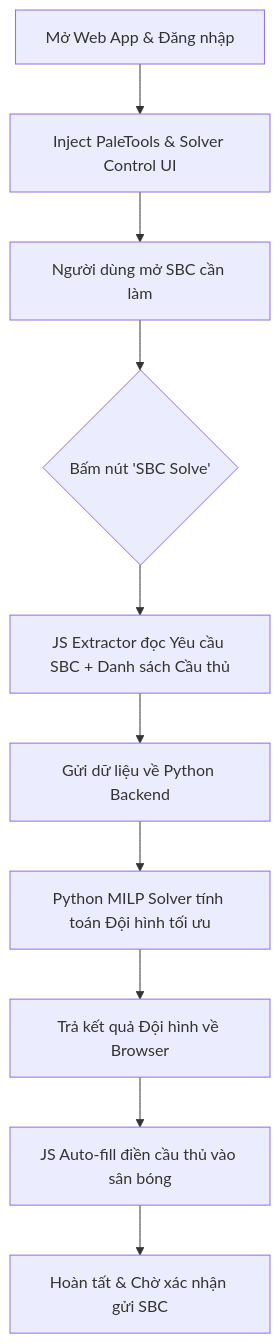
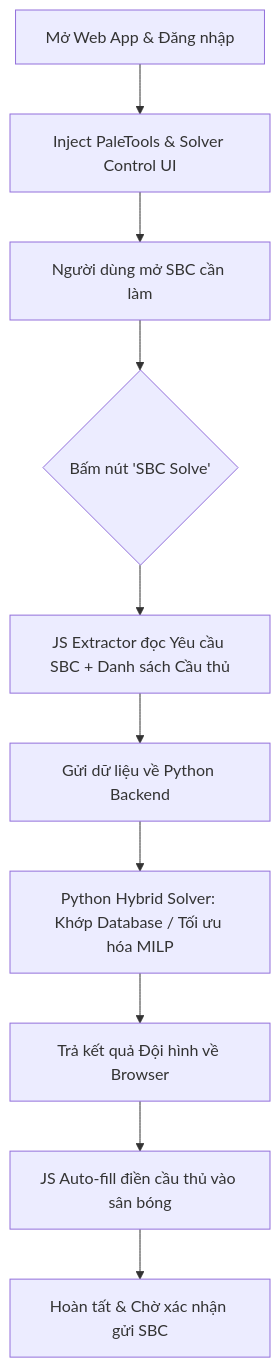
The diagram in .agents/skills/fc_sbc_solve/SKILL.md (cevasonic/Tool-Bot-FC-26), drawn with Mermaid before and after one commit. The commit also changed other lines of this file and 11 other files, not shown here.

Commit message:
feat(sbc_solve): implement hybrid sbc solver with dynamic high-low virtual cost curves and strict limits

````diff
--- a/.agents/skills/fc_sbc_solve/SKILL.md
+++ b/.agents/skills/fc_sbc_solve/SKILL.md
@@ -52,12 +54,12 @@
 ```mermaid
 graph TD
     A[Mở Web App & Đăng nhập] --> B[Inject PaleTools & Solver Control UI]
     B --> C[Người dùng mở SBC cần làm]
     C --> D{Bấm nút 'SBC Solve'}
     D --> E[JS Extractor đọc Yêu cầu SBC + Danh sách Cầu thủ]
     E --> F[Gửi dữ liệu về Python Backend]
-    F --> G[Python MILP Solver tính toán Đội hình tối ưu]
+    F --> G[Python Hybrid Solver: Khớp Database / Tối ưu hóa MILP]
     G --> H[Trả kết quả Đội hình về Browser]
     H --> I[JS Auto-fill điền cầu thủ vào sân bóng]
     I --> J[Hoàn tất & Chờ xác nhận gửi SBC]
 ```
````
